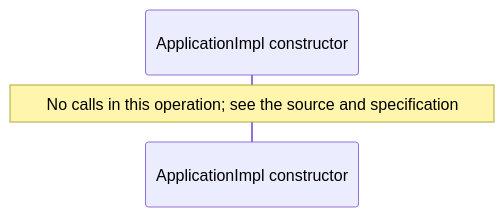
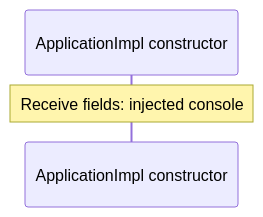
Before and after one commit to GreenPandaStudios/augscript: the fourth of 5 diagrams in docs/examples/approved-design/domain/app-diagrams.md, drawn with Mermaid. The commit also changed other lines of this file and 289 other files, not shown here.

Commit message:
Correct diagram control flow and complete generated wiki navigation

````diff
--- a/docs/examples/approved-design/domain/app-diagrams.md
+++ b/docs/examples/approved-design/domain/app-diagrams.md
@@ -66,6 +66,6 @@
 ```mermaid
 sequenceDiagram
     participant p0 as ApplicationImpl constructor
 
-    Note over p0: No calls in this operation#59; see the source and specification
+    Note over p0: Receive fields: injected console
 ```
````
